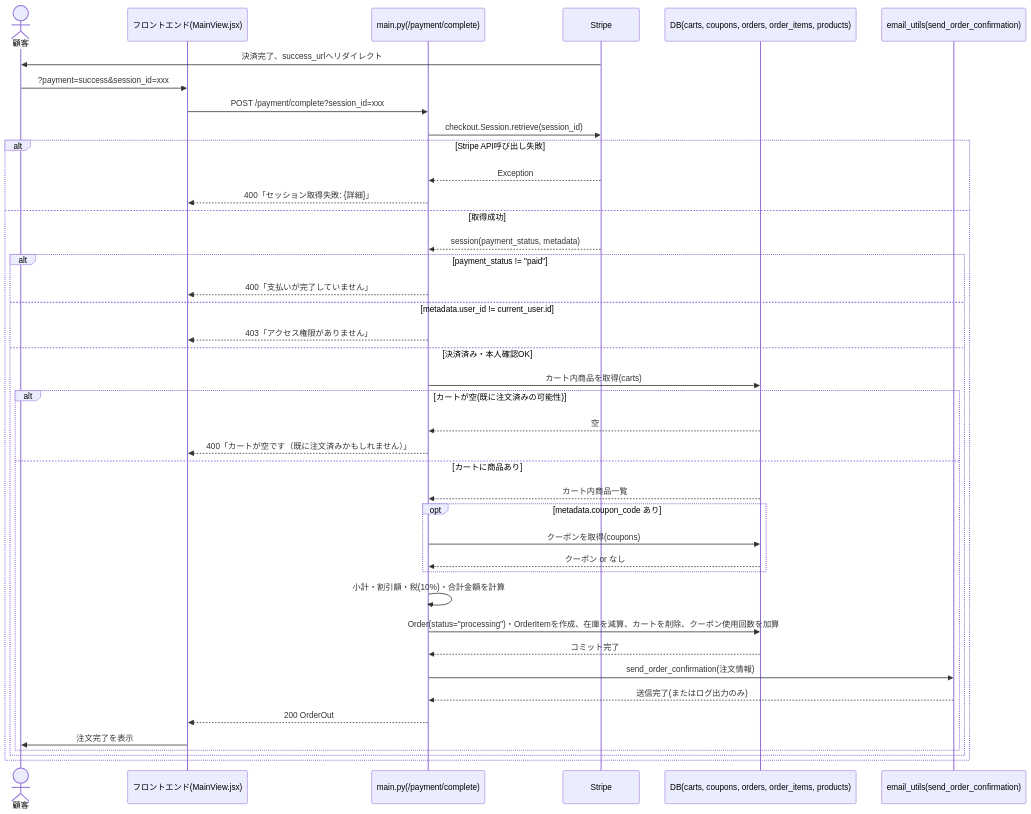
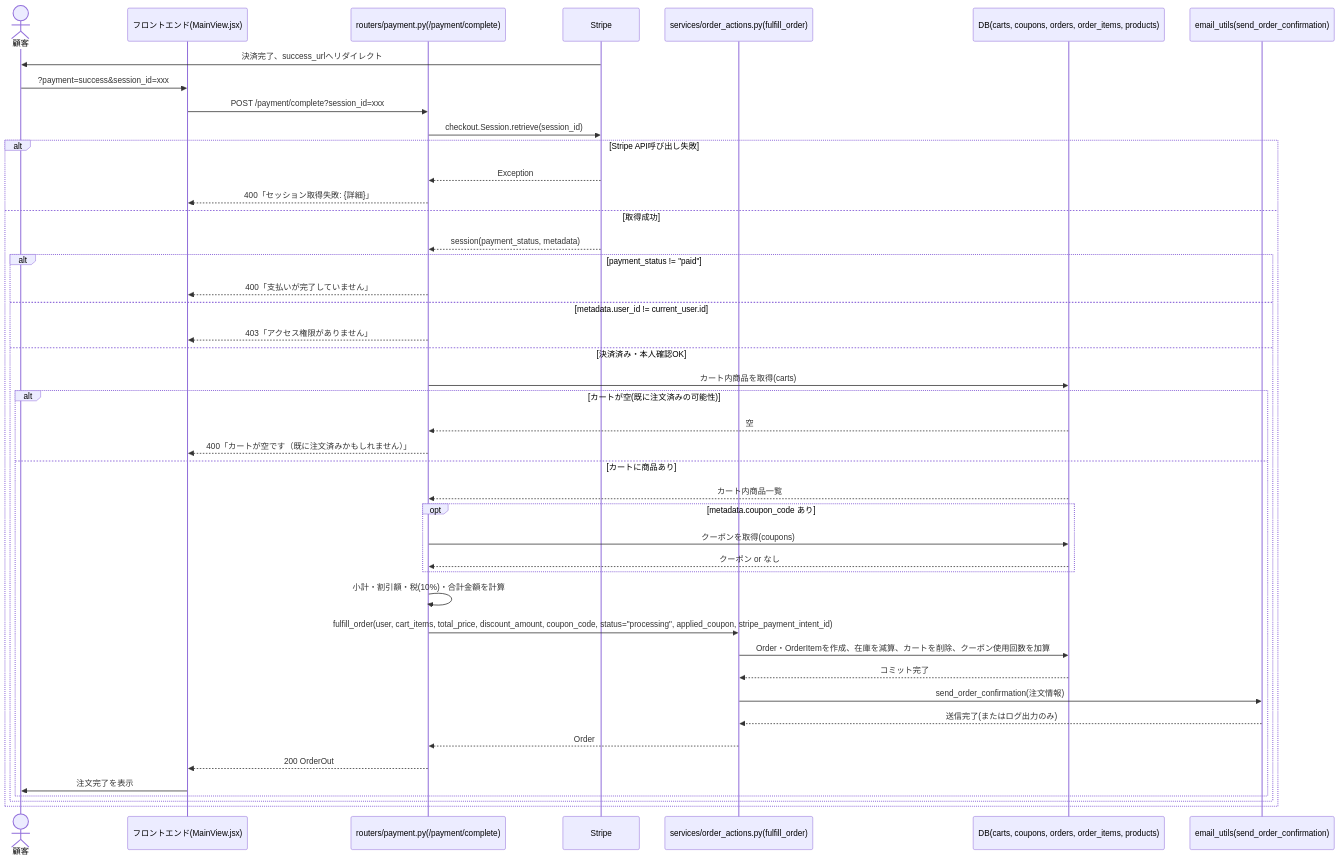
One commit to KokiNakano2nd/ec2site changed the third of 12 diagrams in docs/deliverables/internal_design/03_sequence_diagram.md. Above: the diagram before and after it, drawn with Mermaid. The commit also changed other lines of this file and 1 other file, not shown here.

First line of the commit message:
Update internal design docs to match order-logic/DI refactor

````diff
--- a/docs/deliverables/internal_design/03_sequence_diagram.md
+++ b/docs/deliverables/internal_design/03_sequence_diagram.md
@@ -99,44 +102,47 @@
 ```mermaid
 sequenceDiagram
     actor 顧客
     participant Frontend as フロントエンド(MainView.jsx)
-    participant API as main.py(/payment/complete)
+    participant API as routers/payment.py(/payment/complete)
     participant Stripe
+    participant Service as services/order_actions.py(fulfill_order)
     participant DB as DB(carts, coupons, orders, order_items, products)
     participant Mail as email_utils(send_order_confirmation)
 
     Stripe->>顧客: 決済完了、success_urlへリダイレクト
     顧客->>Frontend: ?payment=success&session_id=xxx
     Frontend->>API: POST /payment/complete?session_id=xxx
     API->>Stripe: checkout.Session.retrieve(session_id)
     alt Stripe API呼び出し失敗
         Stripe-->>API: Exception
         API-->>Frontend: 400「セッション取得失敗: {詳細}」
     else 取得成功
         Stripe-->>API: session(payment_status, metadata)
         alt payment_status != "paid"
             API-->>Frontend: 400「支払いが完了していません」
         else metadata.user_id != current_user.id
             API-->>Frontend: 403「アクセス権限がありません」
         else 決済済み・本人確認OK
             API->>DB: カート内商品を取得(carts)
             alt カートが空(既に注文済みの可能性)
                 DB-->>API: 空
                 API-->>Frontend: 400「カートが空です（既に注文済みかもしれません）」
             else カートに商品あり
                 DB-->>API: カート内商品一覧
                 opt metadata.coupon_code あり
                     API->>DB: クーポンを取得(coupons)
                     DB-->>API: クーポン or なし
                 end
                 API->>API: 小計・割引額・税(10%)・合計金額を計算
-                API->>DB: Order(status="processing")・OrderItemを作成、在庫を減算、カートを削除、クーポン使用回数を加算
-                DB-->>API: コミット完了
-                API->>Mail: send_order_confirmation(注文情報)
-                Mail-->>API: 送信完了(またはログ出力のみ)
+                API->>Service: fulfill_order(user, cart_items, total_price, discount_amount, coupon_code, status="processing", applied_coupon, stripe_payment_intent_id)
+                Service->>DB: Order・OrderItemを作成、在庫を減算、カートを削除、クーポン使用回数を加算
+                DB-->>Service: コミット完了
+                Service->>Mail: send_order_confirmation(注文情報)
+                Mail-->>Service: 送信完了(またはログ出力のみ)
+                Service-->>API: Order
                 API-->>Frontend: 200 OrderOut
                 Frontend->>顧客: 注文完了を表示
             end
         end
     end
 ```
````
